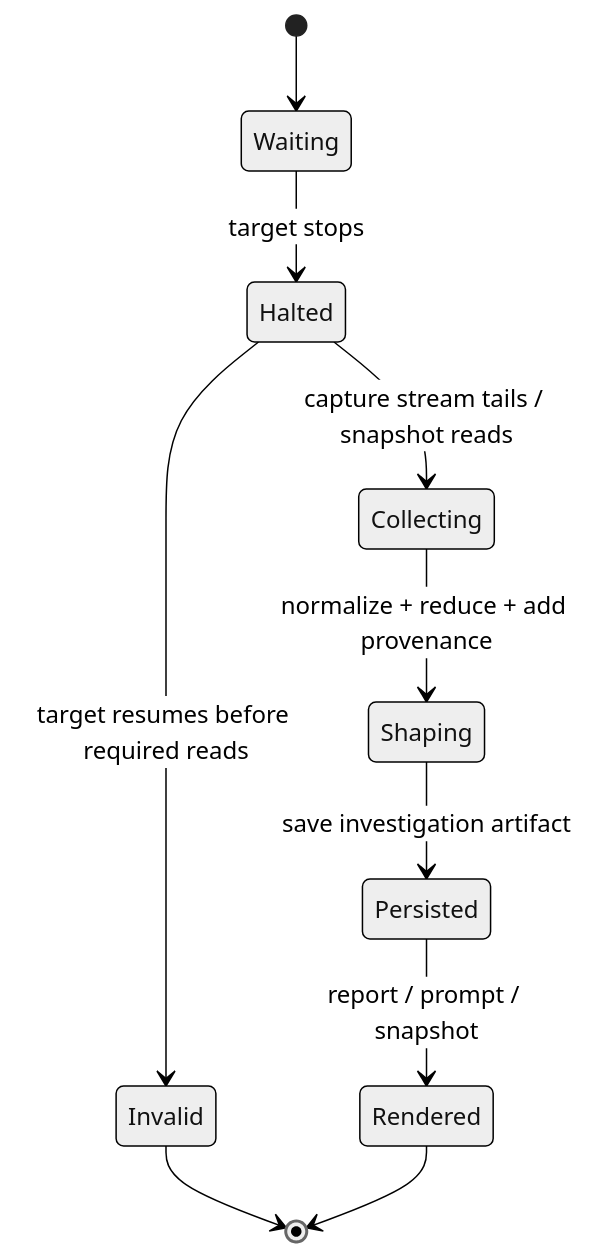
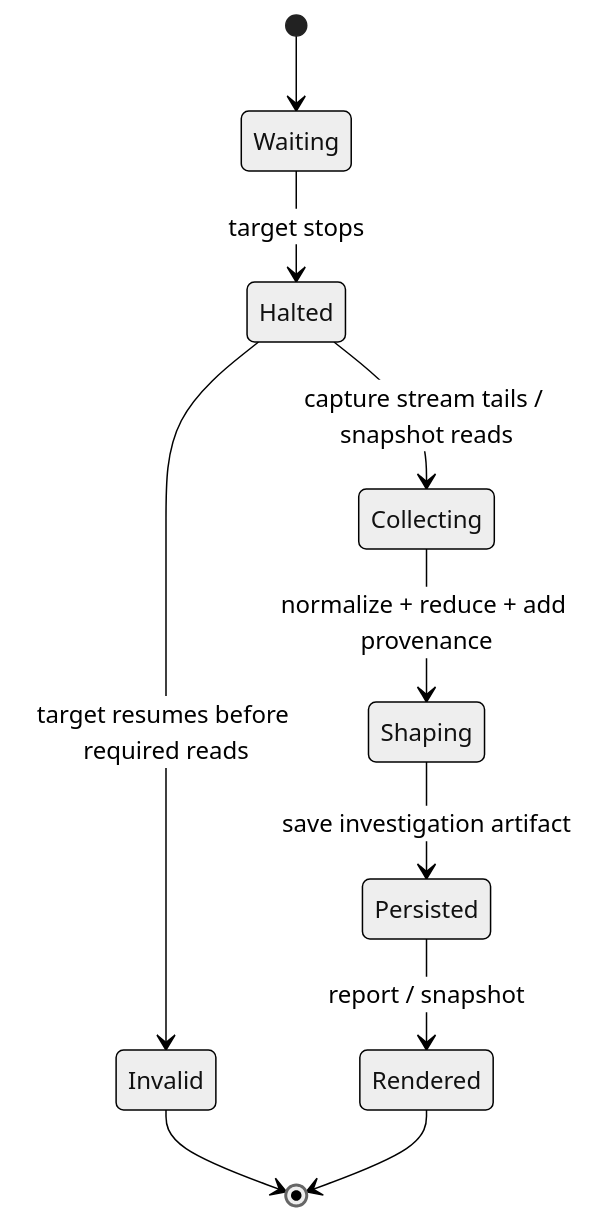
The third of 3 diagrams in docs/architecture.md (nikolasvoss/debugOracle), drawn with Mermaid (neutral theme) before and after one commit. The commit also changed other lines of this file and 22 other files, not shown here.

````diff
--- a/docs/architecture.md
+++ b/docs/architecture.md
@@ -352,12 +351,12 @@
 ```mermaid
 stateDiagram-v2
     [*] --> Waiting
     Waiting --> Halted: target stops
     Halted --> Collecting: capture stream tails / snapshot reads
     Collecting --> Shaping: normalize + reduce + add provenance
     Shaping --> Persisted: save investigation artifact
-    Persisted --> Rendered: report / prompt / snapshot
+    Persisted --> Rendered: report / snapshot
     Halted --> Invalid: target resumes before required reads
     Invalid --> [*]
     Rendered --> [*]
 ```
````
